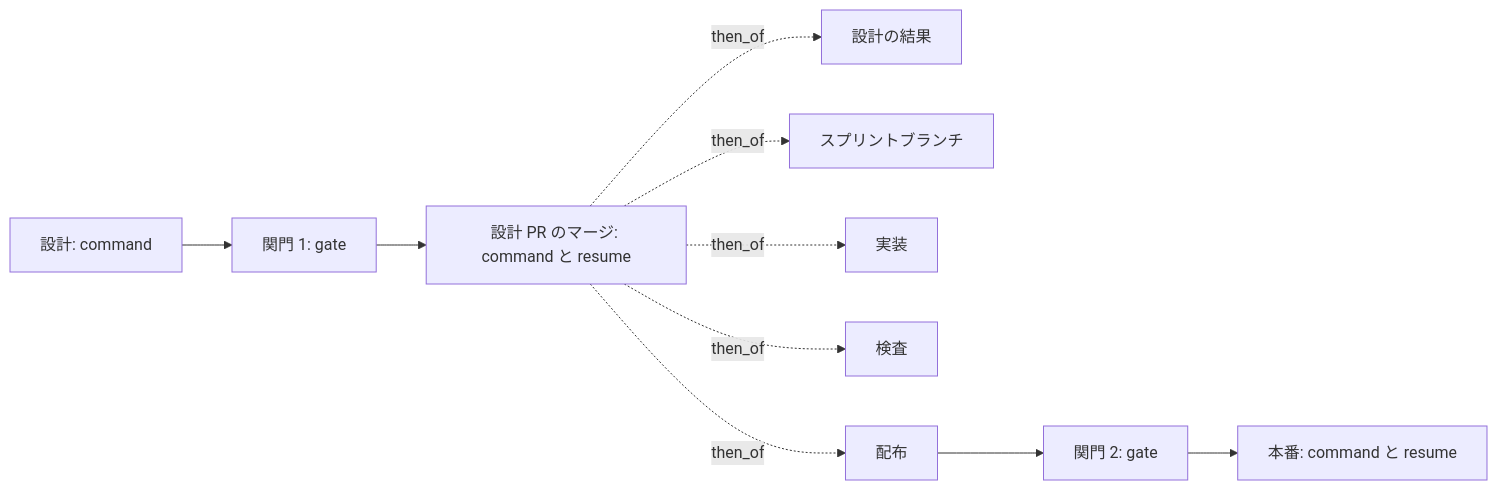
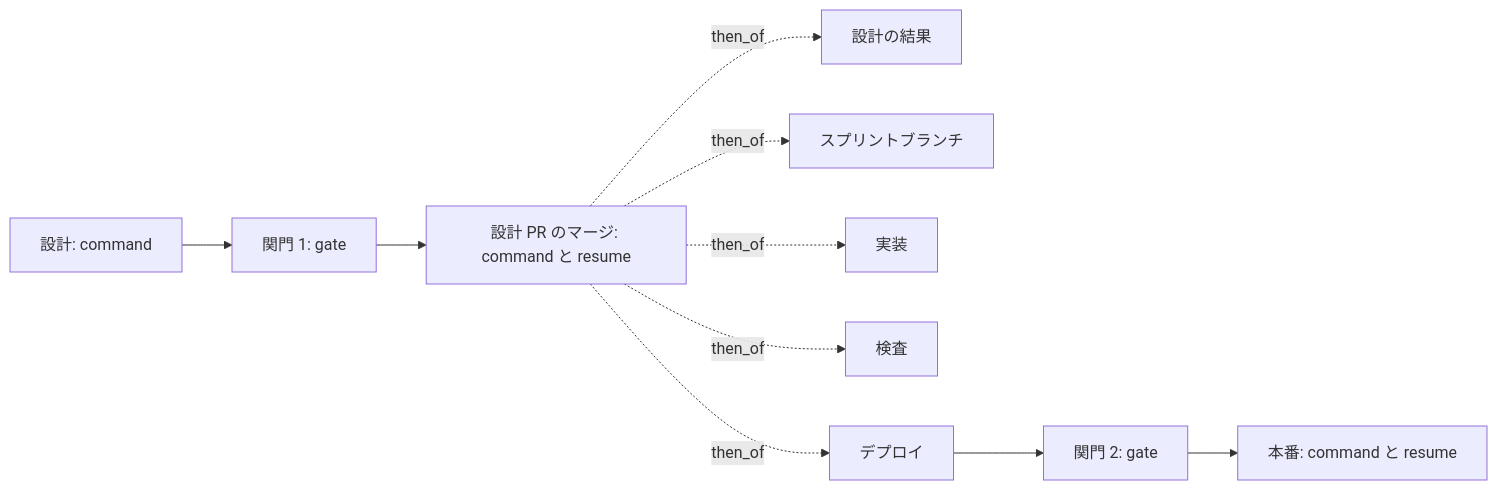
Before and after one commit to devbasex/ai-plugins: the first of 2 diagrams in docs/specifications/ndf-supervise-queue-resume-and-gate-evidence.md, drawn with Mermaid. The commit also changed other lines of this file and 79 other files, not shown here.

````diff
--- a/docs/specifications/ndf-supervise-queue-resume-and-gate-evidence.md
+++ b/docs/specifications/ndf-supervise-queue-resume-and-gate-evidence.md
@@ -111,12 +111,12 @@
 ```mermaid
 graph LR
     S1[設計: command] --> G1[関門 1: gate]
     G1 --> M[設計 PR のマージ: command と resume]
     M -.then_of.-> R[設計の結果]
     M -.then_of.-> B[スプリントブランチ]
     M -.then_of.-> I[実装]
     M -.then_of.-> C[検査]
-    M -.then_of.-> D[配布]
+    M -.then_of.-> D[デプロイ]
     D --> G2[関門 2: gate]
     G2 --> P[本番: command と resume]
 ```
````
